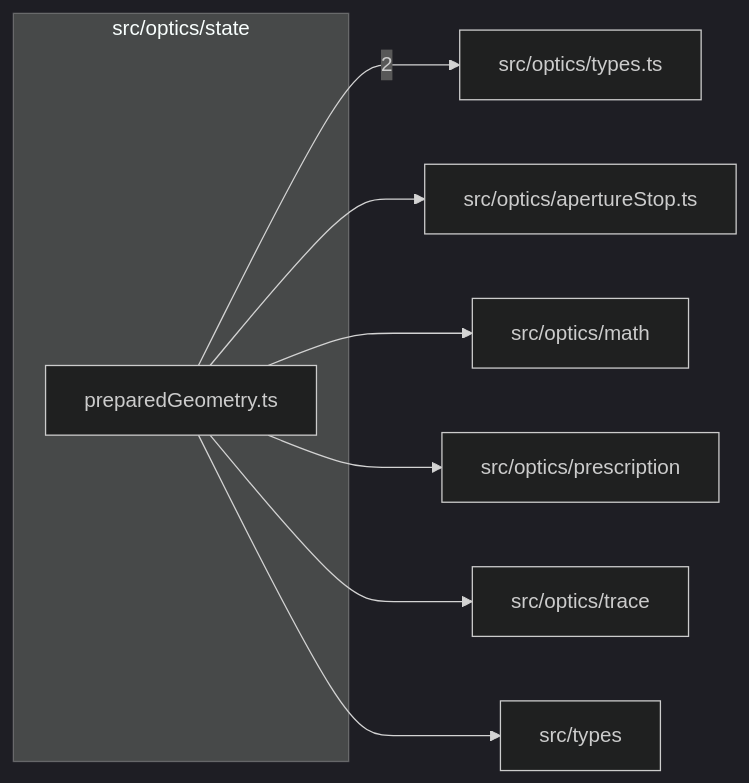
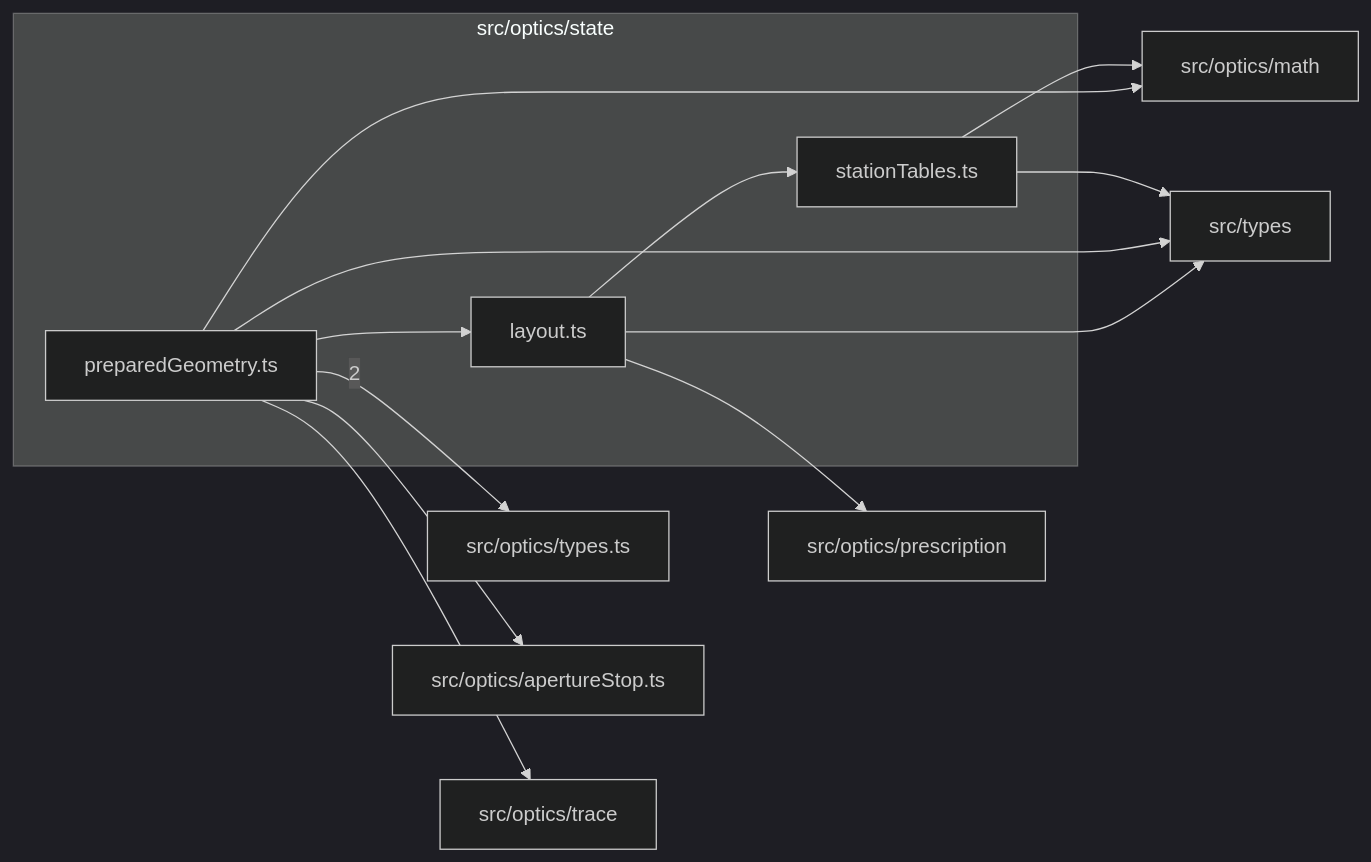
Before and after one commit to BeamFour/LensVisualizer: the diagram in src/optics/state/readme.md, drawn with Mermaid (dark theme). The commit also changed other lines of this file and 44 other files, not shown here.

````diff
--- a/src/optics/state/readme.md
+++ b/src/optics/state/readme.md
@@ -9,18 +9,25 @@
 ```mermaid
 flowchart LR
   subgraph n_src_optics_state["src/optics/state"]
+    n_src_optics_state_src_optics_state_layout_ts["layout.ts"]
     n_src_optics_state_src_optics_state_preparedGeometry_ts["preparedGeometry.ts"]
+    n_src_optics_state_src_optics_state_stationTables_ts["stationTables.ts"]
   end
   n_external_src_optics_types_ts["src/optics/types.ts"]
   n_external_src_optics_apertureStop_ts["src/optics/apertureStop.ts"]
   n_external_src_optics_math["src/optics/math"]
   n_external_src_optics_prescription["src/optics/prescription"]
   n_external_src_optics_trace["src/optics/trace"]
   n_external_src_types["src/types"]
   n_src_optics_state_src_optics_state_preparedGeometry_ts --> |2| n_external_src_optics_types_ts
   n_src_optics_state_src_optics_state_preparedGeometry_ts --> n_external_src_optics_apertureStop_ts
   n_src_optics_state_src_optics_state_preparedGeometry_ts --> n_external_src_optics_math
-  n_src_optics_state_src_optics_state_preparedGeometry_ts --> n_external_src_optics_prescription
+  n_src_optics_state_src_optics_state_stationTables_ts --> n_external_src_optics_math
+  n_src_optics_state_src_optics_state_layout_ts --> n_external_src_optics_prescription
   n_src_optics_state_src_optics_state_preparedGeometry_ts --> n_external_src_optics_trace
+  n_src_optics_state_src_optics_state_layout_ts --> n_external_src_types
   n_src_optics_state_src_optics_state_preparedGeometry_ts --> n_external_src_types
+  n_src_optics_state_src_optics_state_stationTables_ts --> n_external_src_types
+  n_src_optics_state_src_optics_state_preparedGeometry_ts --> n_src_optics_state_src_optics_state_layout_ts
+  n_src_optics_state_src_optics_state_layout_ts --> n_src_optics_state_src_optics_state_stationTables_ts
 ```
````
